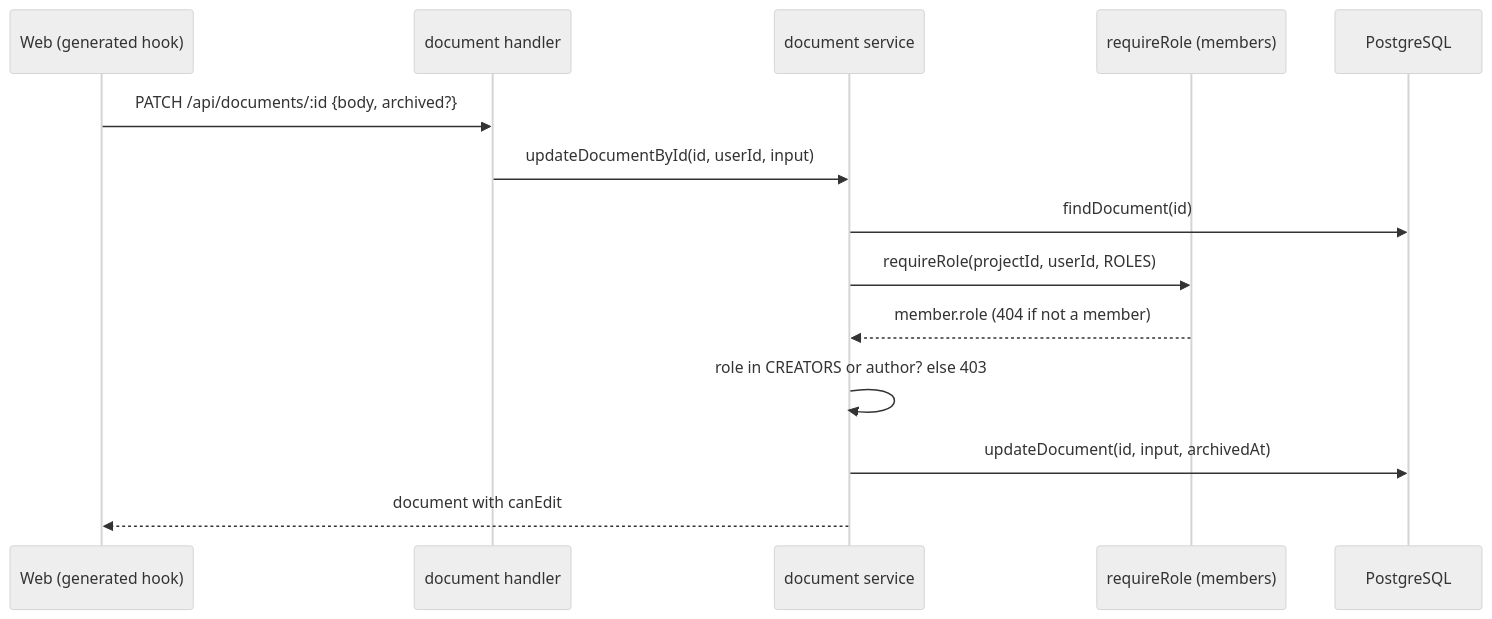
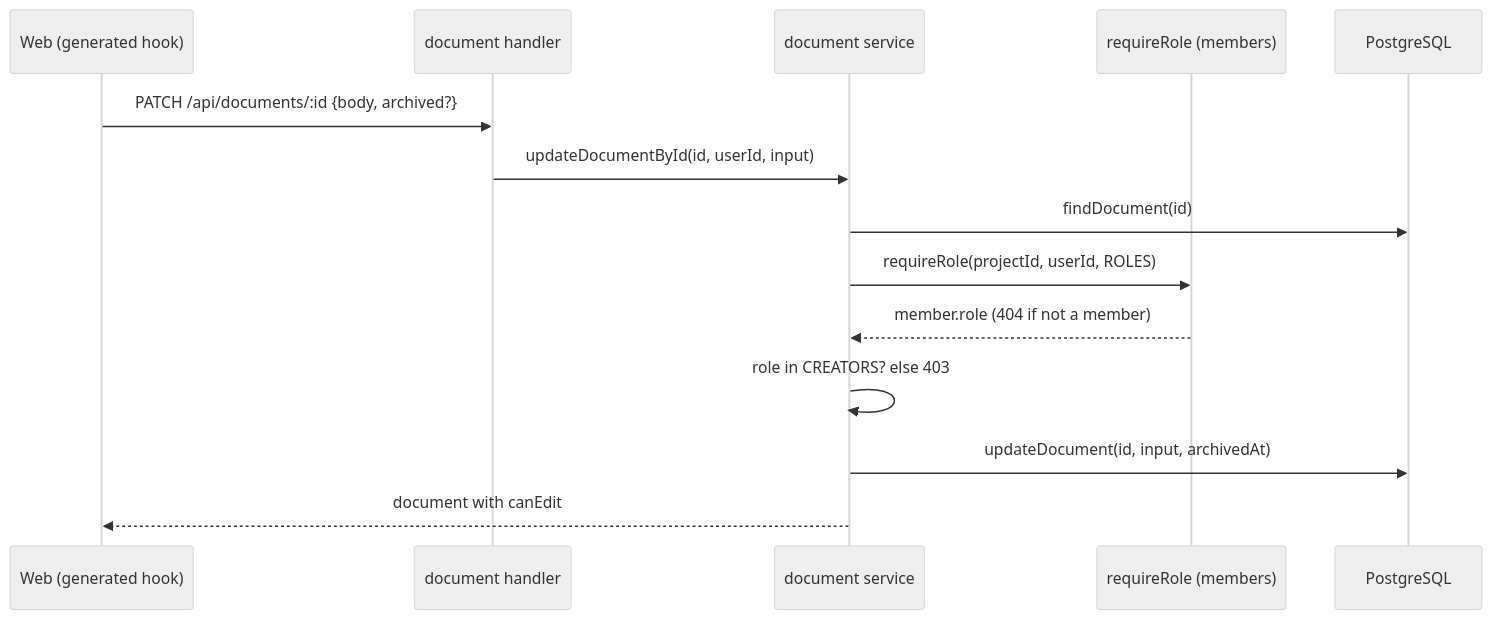
One commit to unishare-oss/uniloom changed the first of 2 diagrams in docs/plans/15-knowledge-documents.md. Above: the diagram before and after it, drawn with Mermaid (neutral theme). The commit also changed other lines of this file and 6 other files, not shown here.

````diff
--- a/docs/plans/15-knowledge-documents.md
+++ b/docs/plans/15-knowledge-documents.md
@@ -72,16 +73,16 @@
 ```mermaid
 sequenceDiagram
   participant W as Web (generated hook)
   participant H as document handler
   participant S as document service
   participant M as requireRole (members)
   participant DB as PostgreSQL
   W->>H: PATCH /api/documents/:id {body, archived?}
   H->>S: updateDocumentById(id, userId, input)
   S->>DB: findDocument(id)
   S->>M: requireRole(projectId, userId, ROLES)
   M-->>S: member.role (404 if not a member)
-  S->>S: role in CREATORS or author? else 403
+  S->>S: role in CREATORS? else 403
   S->>DB: updateDocument(id, input, archivedAt)
   S-->>W: document with canEdit
 ```
````
